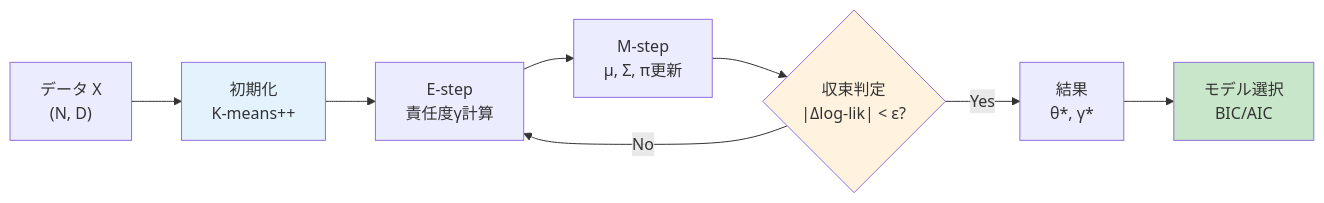
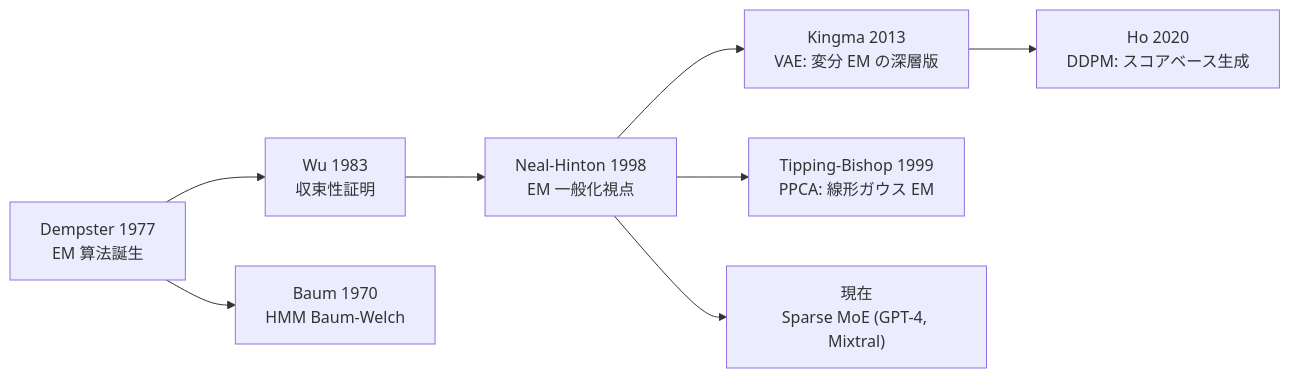
Before and after one commit to fumishiki/deep-generative-models-ja: the fourth of 5 diagrams in articles/ml-lecture-08-part2.md, drawn with Mermaid. The commit also changed other lines of this file and 24 other files, not shown here.

````diff
--- a/articles/ml-lecture-08-part2.md
+++ b/articles/ml-lecture-08-part2.md
@@ -15,14 +1201,10 @@
 ```mermaid
 graph LR
-    A["データ X<br/>(N, D)"] --> B["初期化<br/>K-means++"]
-    B --> C["E-step<br/>責任度γ計算"]
-    C --> D["M-step<br/>μ, Σ, π更新"]
-    D --> E{"収束判定<br/>|Δlog-lik| < ε?"}
-    E -->|No| C
-    E -->|Yes| F["結果<br/>θ*, γ*"]
-    F --> G["モデル選択<br/>BIC/AIC"]
-
-    style B fill:#e3f2fd
-    style E fill:#fff3e0
-    style G fill:#c8e6c9
+    A["Dempster 1977<br/>EM 算法誕生"] --> B["Wu 1983<br/>収束性証明"]
+    B --> C["Neal-Hinton 1998<br/>EM 一般化視点"]
+    C --> D["Kingma 2013<br/>VAE: 変分 EM の深層版"]
+    C --> E["Tipping-Bishop 1999<br/>PPCA: 線形ガウス EM"]
+    A --> F["Baum 1970<br/>HMM Baum-Welch"]
+    D --> G["Ho 2020<br/>DDPM: スコアベース生成"]
+    C --> H["現在<br/>Sparse MoE (GPT-4, Mixtral)"]
 ```
````
